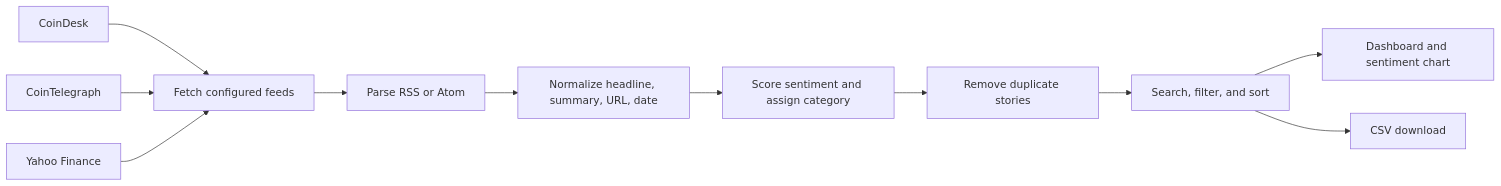
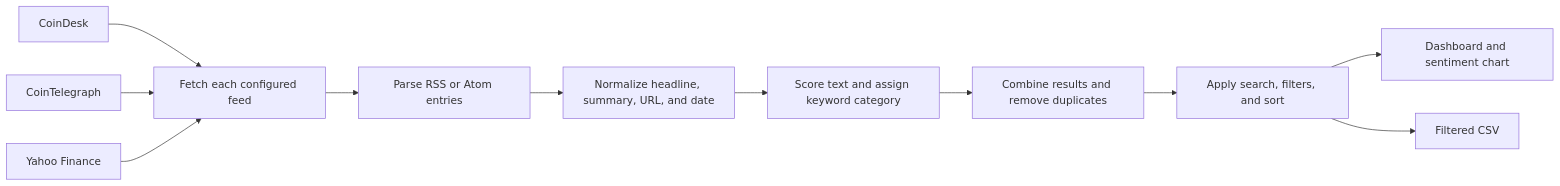
Before and after one commit to ArshiBansal/NEWS_SENTIMENTS_ANALYSER: the second of 3 diagrams in README.md, drawn with Mermaid. The commit also changed other lines of this file, not shown here.

````diff
--- a/README.md
+++ b/README.md
@@ -59,13 +68,13 @@
 ```mermaid
 flowchart LR
-    A[CoinDesk] --> D[Fetch configured feeds]
+    A[CoinDesk] --> D[Fetch each configured feed]
     B[CoinTelegraph] --> D
     C[Yahoo Finance] --> D
-    D --> E[Parse RSS or Atom]
-    E --> F[Normalize headline, summary, URL, date]
-    F --> G[Score sentiment and assign category]
-    G --> H[Remove duplicate stories]
-    H --> I[Search, filter, and sort]
+    D --> E[Parse RSS or Atom entries]
+    E --> F[Normalize headline, summary, URL, and date]
+    F --> G[Score text and assign keyword category]
+    G --> H[Combine results and remove duplicates]
+    H --> I[Apply search, filters, and sort]
     I --> J[Dashboard and sentiment chart]
-    I --> K[CSV download]
+    I --> K[Filtered CSV]
 ```
````
